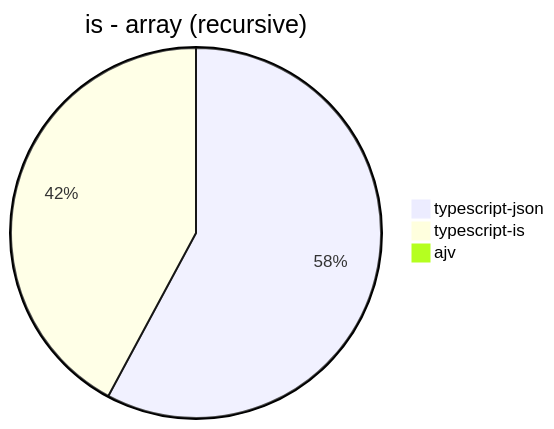
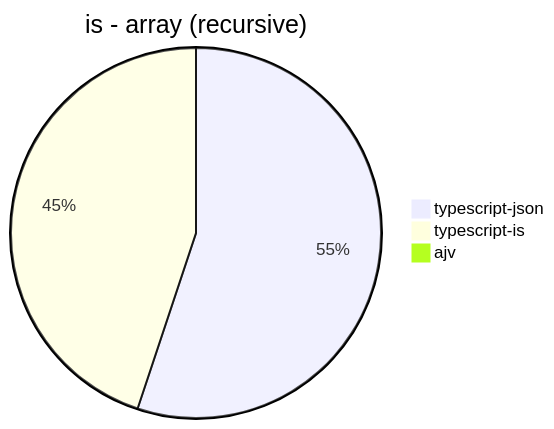
Before and after one commit to samchon/typia: diagram 11 of 30 in benchmark/results/Apple M1 Pro.md, drawn with Mermaid. The commit also changed other lines of this file, not shown here.

````diff
--- a/benchmark/results/Apple M1 Pro.md
+++ b/benchmark/results/Apple M1 Pro.md
@@ -108,6 +108,6 @@
 ```mermaid
 pie title is - array (recursive)
-  "typescript-json": 4358.233979135618
-  "typescript-is": 3174.7427502338637
+  "typescript-json": 6059.314179796108
+  "typescript-is": 4935.747446610956
   "ajv": 0
 ```
````
